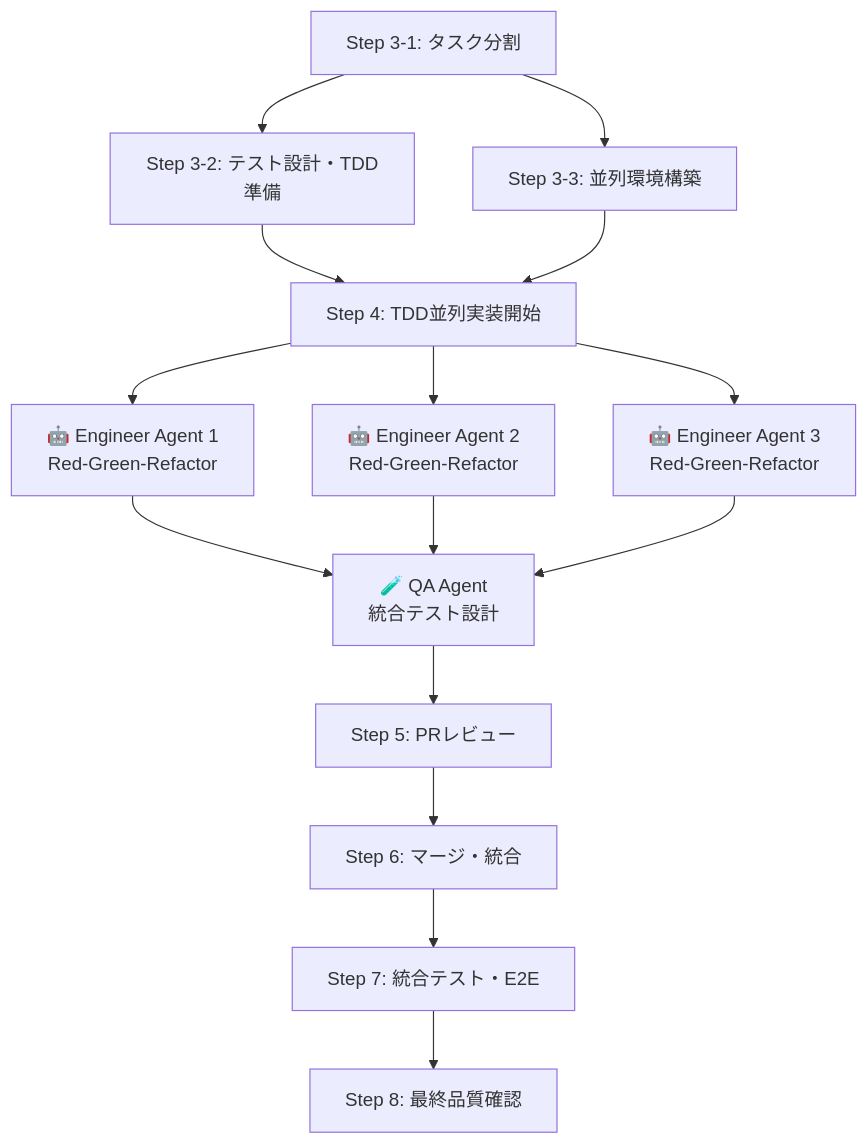
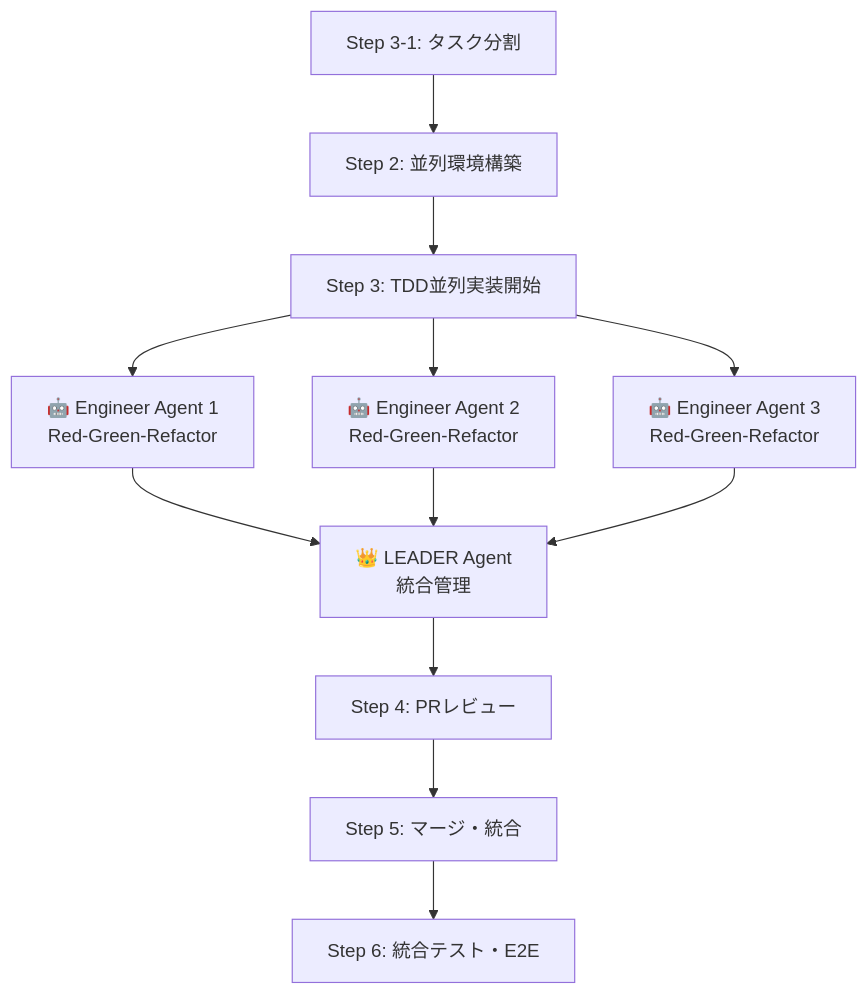
One commit to masanami/ai_driven_development changed the diagram in USAGE.md. Above: the diagram before and after it, drawn with Mermaid. The commit also changed other lines of this file and 9 other files, not shown here.

````diff
--- a/USAGE.md
+++ b/USAGE.md
@@ -259,20 +238,17 @@
 ```mermaid
 graph TD
-    A[Step 3-1: タスク分割] --> B[Step 3-2: テスト設計・TDD準備]
-    A --> C[Step 3-3: 並列環境構築]
-    B --> D[Step 4: TDD並列実装開始]
-    C --> D
+    A[Step 3-1: タスク分割] --> B[Step 2: 並列環境構築]
+    B --> C[Step 3: TDD並列実装開始]
     
-    D --> E[🤖 Engineer Agent 1<br/>Red-Green-Refactor]
-    D --> F[🤖 Engineer Agent 2<br/>Red-Green-Refactor]  
-    D --> G[🤖 Engineer Agent 3<br/>Red-Green-Refactor]
+    C --> D[🤖 Engineer Agent 1<br/>Red-Green-Refactor]
+    C --> E[🤖 Engineer Agent 2<br/>Red-Green-Refactor]  
+    C --> F[🤖 Engineer Agent 3<br/>Red-Green-Refactor]
     
-    E --> H[🧪 QA Agent<br/>統合テスト設計]
-    F --> H
-    G --> H
+    D --> G[👑 LEADER Agent<br/>統合管理]
+    E --> G
+    F --> G
     
-    H --> I[Step 5: PRレビュー]
-    I --> J[Step 6: マージ・統合]
-    J --> K[Step 7: 統合テスト・E2E]
-    K --> L[Step 8: 最終品質確認]
+    G --> H[Step 4: PRレビュー]
+    H --> I[Step 5: マージ・統合]
+    I --> J[Step 6: 統合テスト・E2E]
 ```
````
